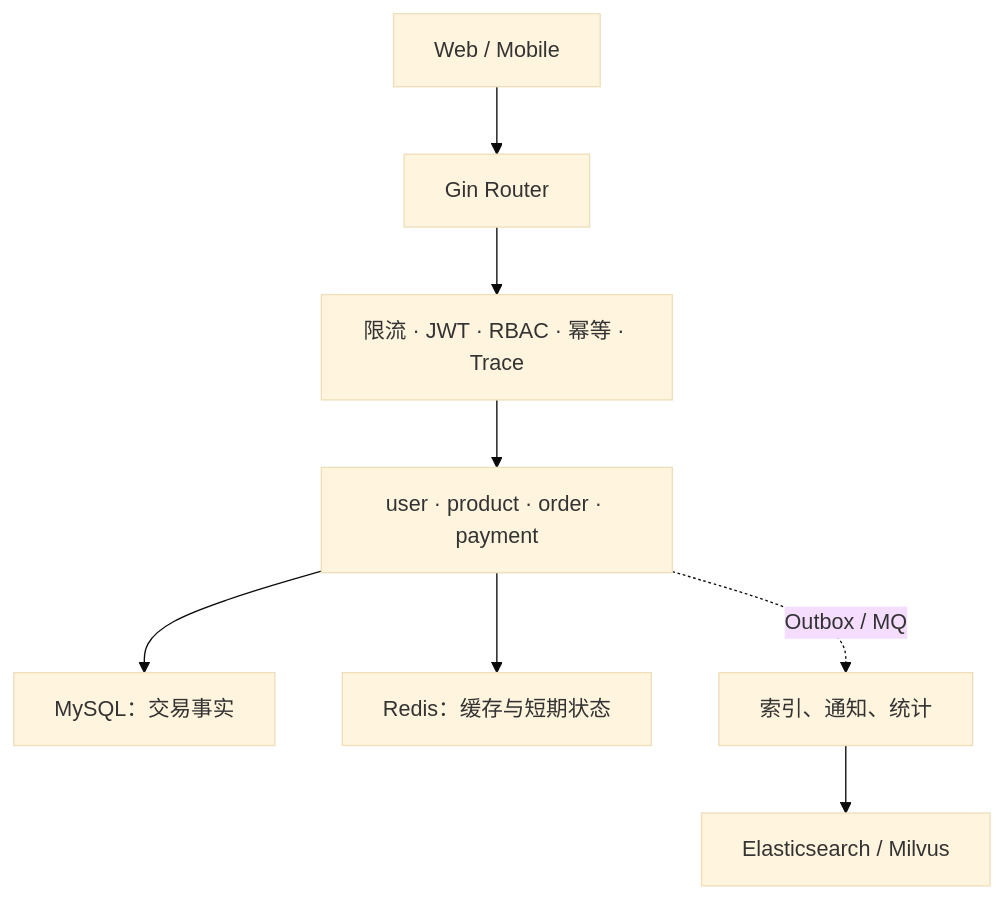
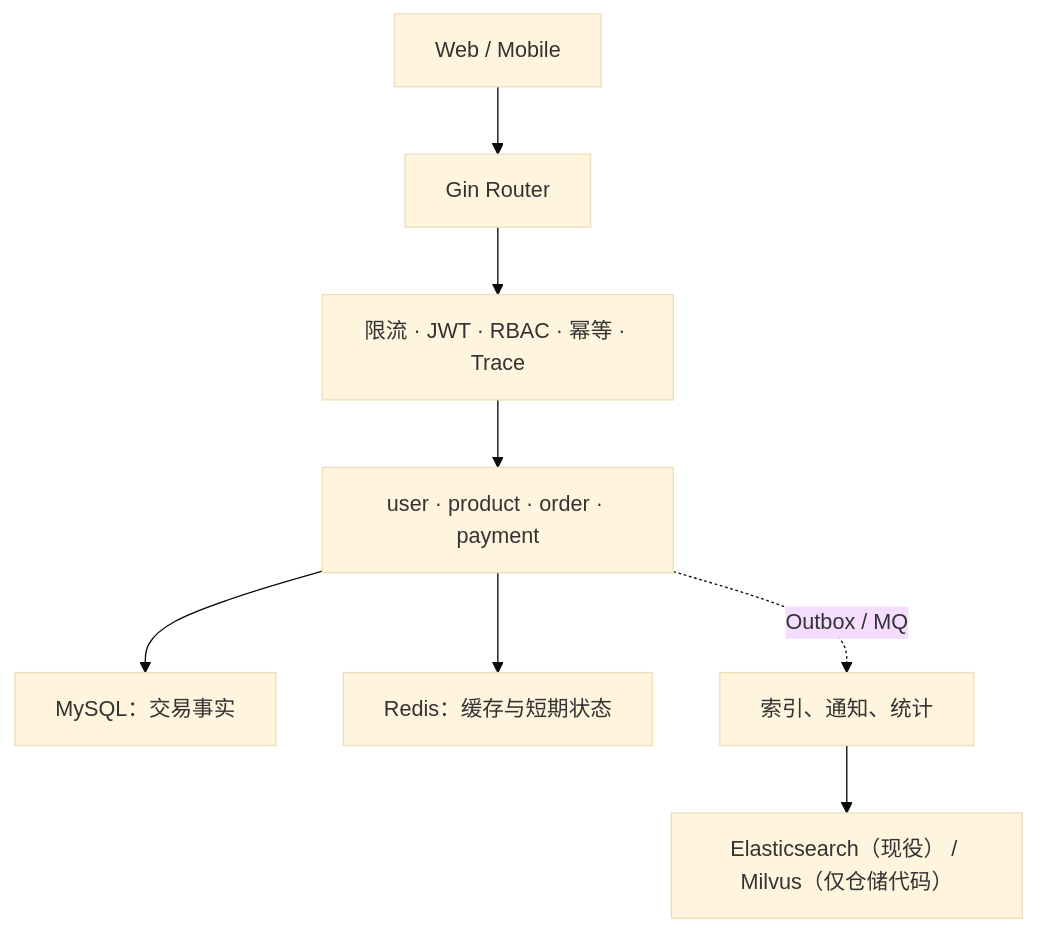
The second of 4 diagrams in docs/lecture/00-overview.md (RedInn7/gomall), drawn with Mermaid (base theme) before and after one commit. The commit also changed other lines of this file and 2 other files, not shown here.

````diff
--- a/docs/lecture/00-overview.md
+++ b/docs/lecture/00-overview.md
@@ -57,10 +57,10 @@
 ```mermaid
 flowchart TB
     client["Web / Mobile"] --> router["Gin Router"]
     router --> middleware["限流 · JWT · RBAC · 幂等 · Trace"]
     middleware --> service["user · product · order · payment"]
     service --> mysql["MySQL：交易事实"]
     service --> redis["Redis：缓存与短期状态"]
     service -. "Outbox / MQ" .-> async["索引、通知、统计"]
-    async --> search["Elasticsearch / Milvus"]
+    async --> search["Elasticsearch（现役） / Milvus（仅仓储代码）"]
 ```
````
